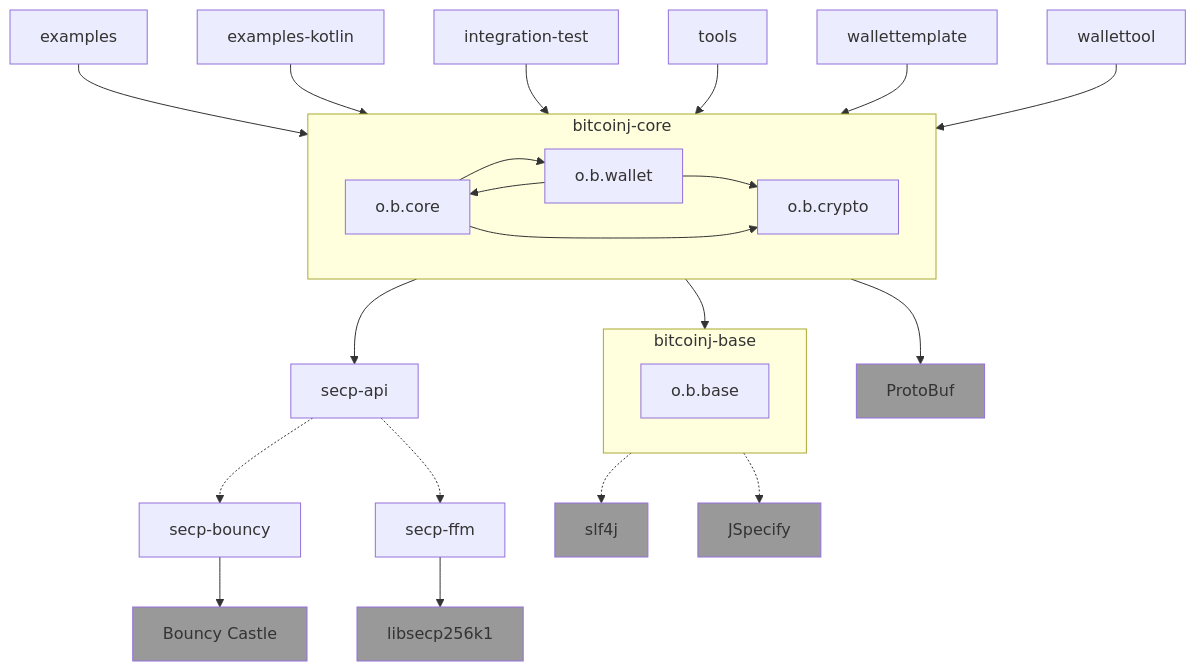
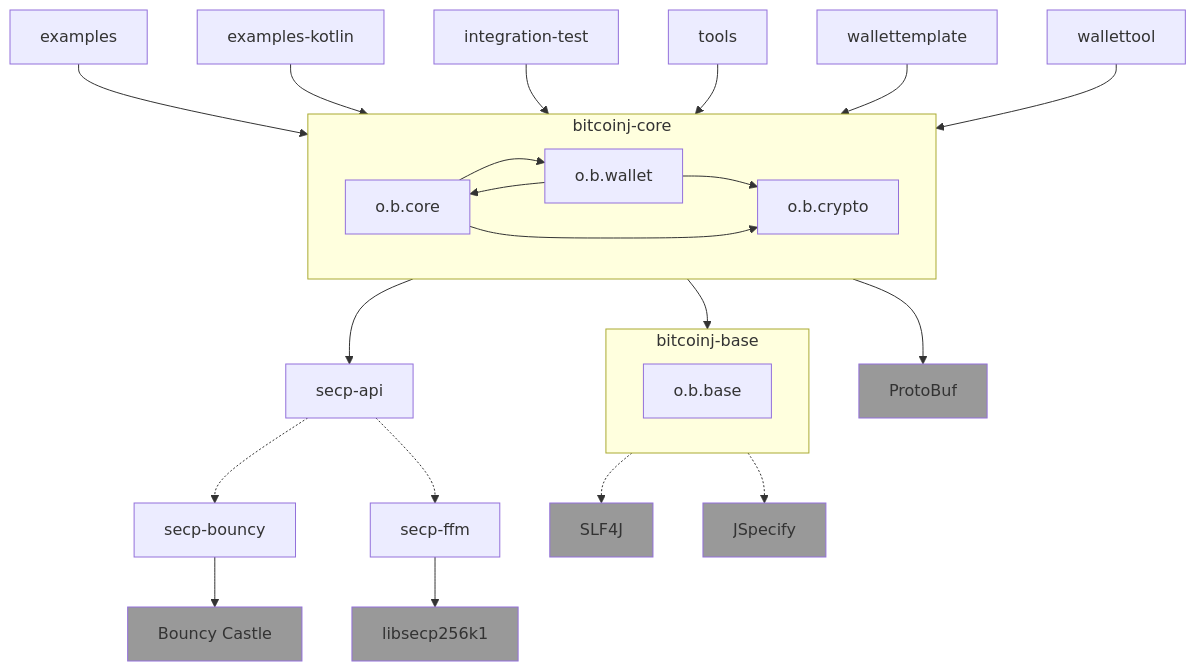
One commit to bitcoinj/bitcoinj changed the third of 4 diagrams in designdocs/modular-architecture.md. Above: the diagram before and after it, drawn with Mermaid. The commit also changed other lines of this file, not shown here.

First line of the commit message:
modular-architecture.md: make SLF4J uppercase

`````diff
--- a/designdocs/modular-architecture.md
+++ b/designdocs/modular-architecture.md
@@ -66,30 +66,30 @@
 ````mermaid
 flowchart TD
     EJ[examples] --> CORE
     EK[examples-kotlin] --> CORE
     IT[integration-test] --> CORE
     T[tools] --> CORE
     FX[wallettemplate] --> CORE
     WT[wallettool] --> CORE
     subgraph CORE [bitcoinj-core]
         CO --> W
         W[o.b.wallet] --> CO[o.b.core]
         W --> CR[o.b.crypto]
         CO --> CR
     end
     CORE --> BASE
     subgraph BASE [bitcoinj-base]
         B[o.b.base]
     end
     CORE --> SECP[secp-api]
     SECP .-> SECPBC[secp-bouncy]
     SECP .-> SECPFFM[secp-ffm]
     SECPBC --> BC[Bouncy Castle]
     SECPFFM --> SECPC[libsecp256k1]
     CORE --> P[ProtoBuf]
-    BASE .-> S[slf4j]
+    BASE .-> S[SLF4J]
     BASE .-> JS[JSpecify]
 
 classDef external fill:#999;
 class G,S,JS,BC,SECPC,P external;
 ````
`````
